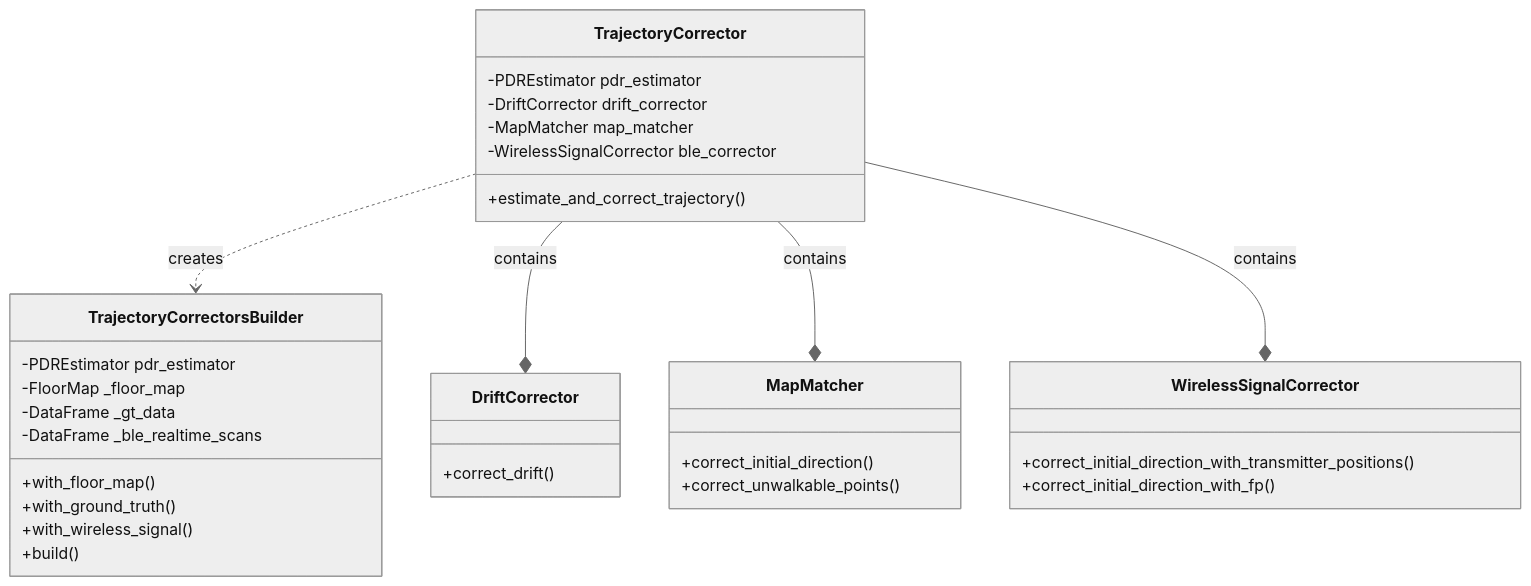
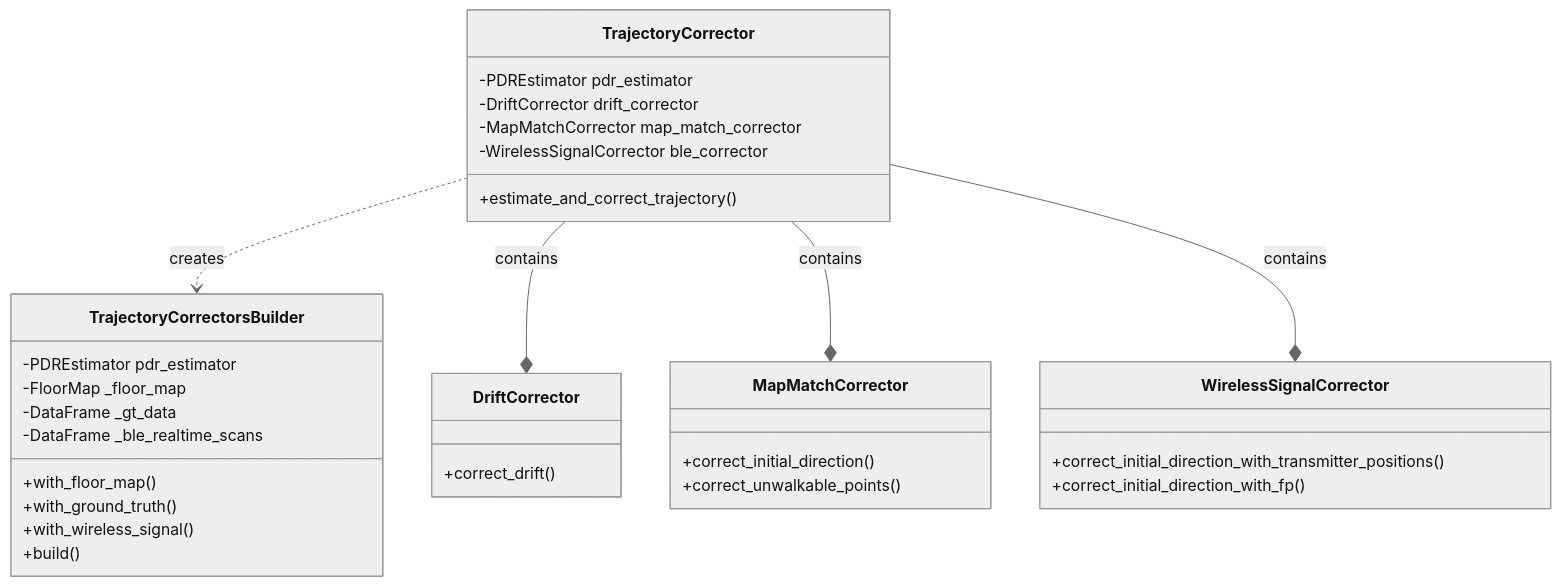
One commit to kajiLabTeam/palkia changed the diagram in docs/trajectory_corrector.md. Above: the diagram before and after it, drawn with Mermaid (neutral theme). The commit also changed 8 other files, not shown here.

Commit message:
refactor: MapMatcherをMapMatchCorrectorに変更

````diff
--- a/docs/trajectory_corrector.md
+++ b/docs/trajectory_corrector.md
@@ -2,41 +2,41 @@
 ```mermaid
 classDiagram
     class TrajectoryCorrector {
         -PDREstimator pdr_estimator
         -DriftCorrector drift_corrector
-        -MapMatcher map_matcher
+        -MapMatchCorrector map_match_corrector
         -WirelessSignalCorrector ble_corrector
         +estimate_and_correct_trajectory()
     }
 
     class TrajectoryCorrectorsBuilder {
         -PDREstimator pdr_estimator
         -FloorMap _floor_map
         -DataFrame _gt_data
         -DataFrame _ble_realtime_scans
         +with_floor_map()
         +with_ground_truth()
         +with_wireless_signal()
         +build()
     }
 
     class DriftCorrector {
         +correct_drift()
     }
 
-    class MapMatcher {
+    class MapMatchCorrector {
         +correct_initial_direction()
         +correct_unwalkable_points()
     }
 
     class WirelessSignalCorrector {
         +correct_initial_direction_with_transmitter_positions()
         +correct_initial_direction_with_fp()
     }
 
     TrajectoryCorrector ..> TrajectoryCorrectorsBuilder : creates
     TrajectoryCorrector --* DriftCorrector : contains
-    TrajectoryCorrector --* MapMatcher : contains
+    TrajectoryCorrector --* MapMatchCorrector : contains
     TrajectoryCorrector --* WirelessSignalCorrector : contains
 
 ```
````
